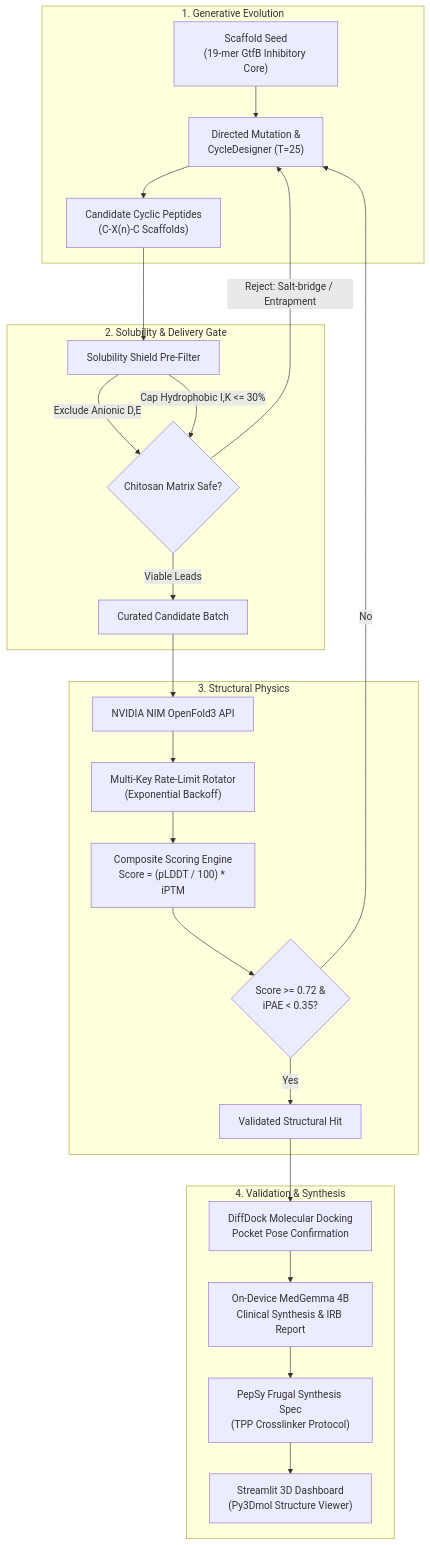
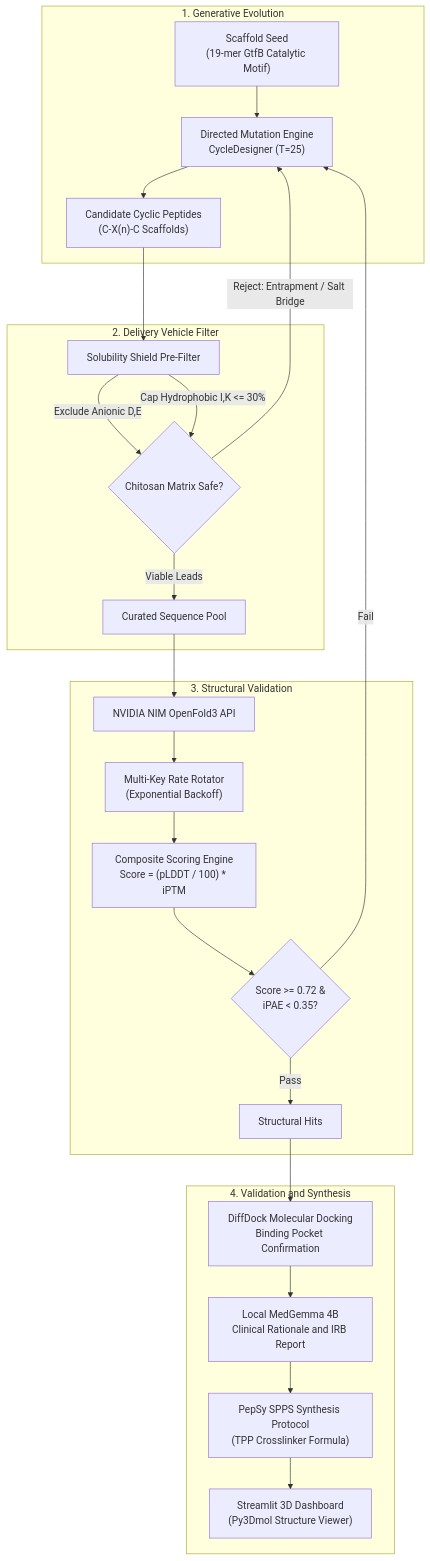
One commit to DrCiroSmith/DrNemo-Caries-Foundry changed the diagram in README.md. Above: the diagram before and after it, drawn with Mermaid. The commit also changed other lines of this file and 5 other files, not shown here.

Commit message:
feat: add hero vector, evolution animation, benchmark charts, and humanized documentation

````diff
--- a/README.md
+++ b/README.md
@@ -37,31 +45,31 @@
 ```mermaid
 flowchart TD
     subgraph S1["1. Generative Evolution"]
-        A["Scaffold Seed<br/>(19-mer GtfB Inhibitory Core)"] --> B["Directed Mutation &<br/>CycleDesigner (T=25)"]
+        A["Scaffold Seed<br/>(19-mer GtfB Catalytic Motif)"] --> B["Directed Mutation Engine<br/>CycleDesigner (T=25)"]
         B --> C["Candidate Cyclic Peptides<br/>(C-X(n)-C Scaffolds)"]
     end
 
-    subgraph S2["2. Solubility & Delivery Gate"]
+    subgraph S2["2. Delivery Vehicle Filter"]
         C --> D["Solubility Shield Pre-Filter"]
         D -->|Exclude Anionic D,E| E{"Chitosan Matrix Safe?"}
         D -->|Cap Hydrophobic I,K <= 30%| E
-        E -->|Reject: Salt-bridge / Entrapment| B
-        E -->|Viable Leads| F["Curated Candidate Batch"]
+        E -->|Reject: Entrapment / Salt Bridge| B
+        E -->|Viable Leads| F["Curated Sequence Pool"]
     end
 
-    subgraph S3["3. Structural Physics"]
+    subgraph S3["3. Structural Validation"]
         F --> G["NVIDIA NIM OpenFold3 API"]
-        G --> H["Multi-Key Rate-Limit Rotator<br/>(Exponential Backoff)"]
+        G --> H["Multi-Key Rate Rotator<br/>(Exponential Backoff)"]
         H --> I["Composite Scoring Engine<br/>Score = (pLDDT / 100) * iPTM"]
         I --> J{"Score >= 0.72 &<br/>iPAE < 0.35?"}
-        J -->|No| B
-        J -->|Yes| K["Validated Structural Hit"]
+        J -->|Fail| B
+        J -->|Pass| K["Structural Hits"]
     end
 
-    subgraph S4["4. Validation & Synthesis"]
-        K --> L["DiffDock Molecular Docking<br/>Pocket Pose Confirmation"]
-        L --> M["On-Device MedGemma 4B<br/>Clinical Synthesis & IRB Report"]
-        M --> N["PepSy Frugal Synthesis Spec<br/>(TPP Crosslinker Protocol)"]
+    subgraph S4["4. Validation and Synthesis"]
+        K --> L["DiffDock Molecular Docking<br/>Binding Pocket Confirmation"]
+        L --> M["Local MedGemma 4B<br/>Clinical Rationale and IRB Report"]
+        M --> N["PepSy SPPS Synthesis Protocol<br/>(TPP Crosslinker Formula)"]
         N --> O["Streamlit 3D Dashboard<br/>(Py3Dmol Structure Viewer)"]
     end
 ```
````
